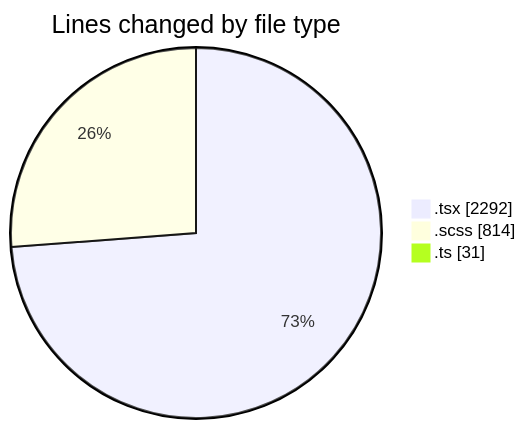
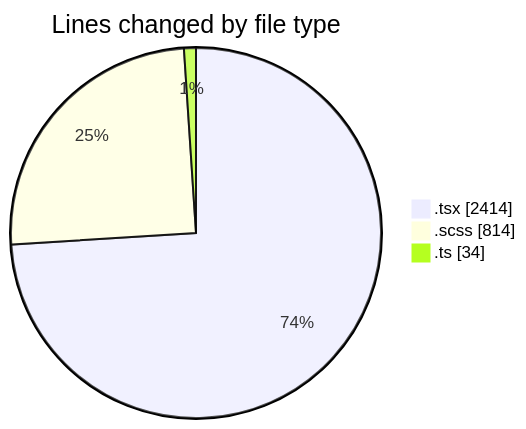
Before and after one commit to momahboobian/code-tracking: the first of 2 diagrams in 2025-04-07/cda/README.md, drawn with Mermaid. The commit also changed other lines of this file and 1 other file, not shown here.

````diff
--- a/2025-04-07/cda/README.md
+++ b/2025-04-07/cda/README.md
@@ -32,7 +34,7 @@
 ```mermaid
 pie showData
 title Lines changed by file type
-".tsx" : 2292
+".tsx" : 2414
 ".scss" : 814
-".ts" : 31
+".ts" : 34
 ```
````
